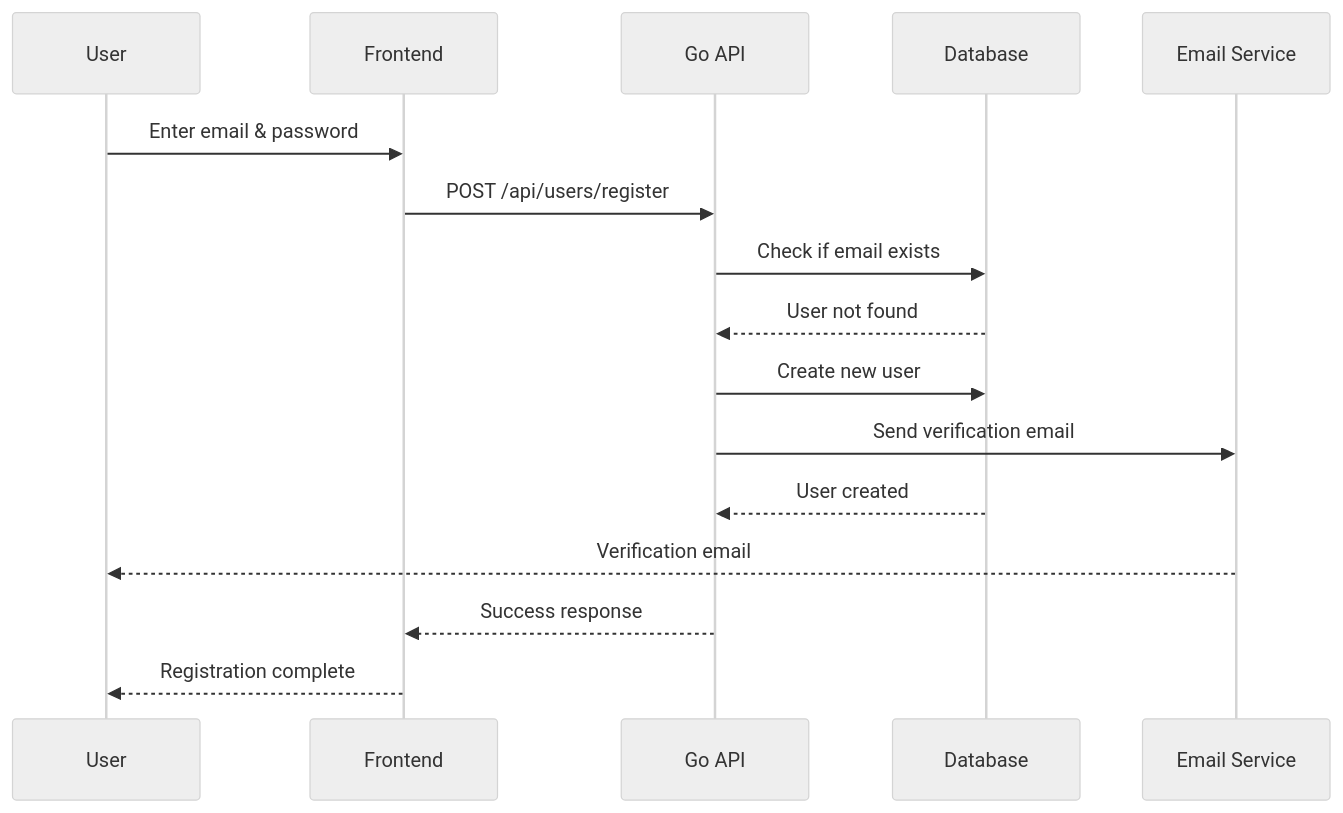
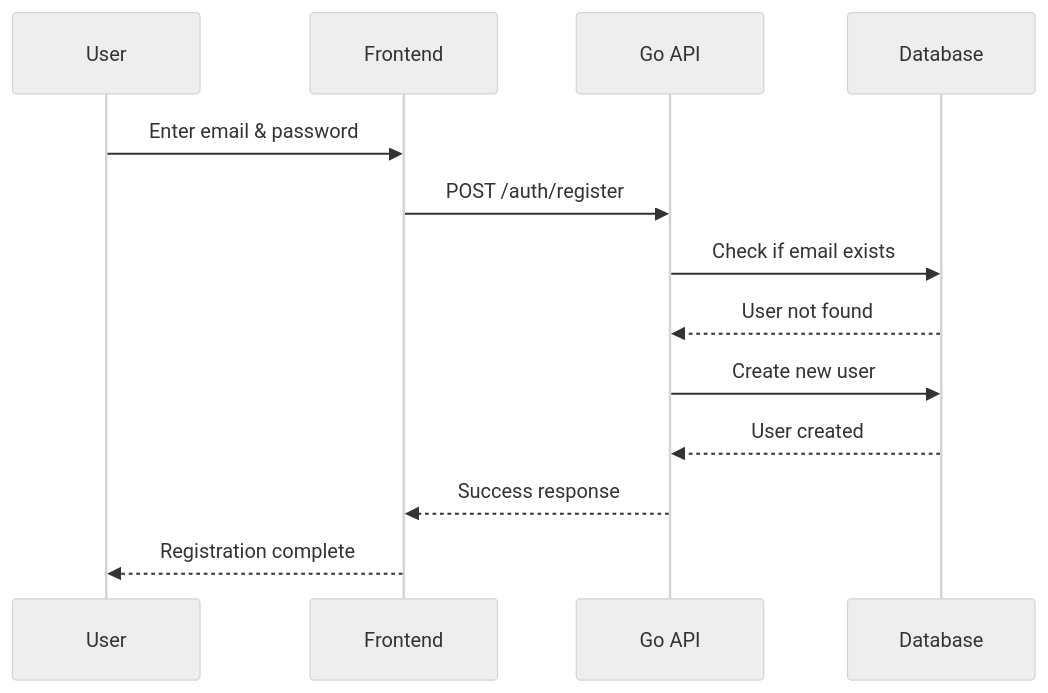
The second of 6 diagrams in docs/SYSTEM_DESIGN.md (jurus-macul/pedulicarbon), drawn with Mermaid (neutral theme) before and after one commit. The commit also changed other lines of this file and 2 other files, not shown here.

````diff
--- a/docs/SYSTEM_DESIGN.md
+++ b/docs/SYSTEM_DESIGN.md
@@ -70,19 +56,16 @@
 ```mermaid
 sequenceDiagram
     participant U as User
     participant F as Frontend
     participant API as Go API
     participant DB as Database
-    participant Email as Email Service
     
     U->>F: Enter email & password
-    F->>API: POST /api/users/register
+    F->>API: POST /auth/register
     API->>DB: Check if email exists
     DB-->>API: User not found
     API->>DB: Create new user
-    API->>Email: Send verification email
     DB-->>API: User created
-    Email-->>U: Verification email
     API-->>F: Success response
     F-->>U: Registration complete
 ```
````
